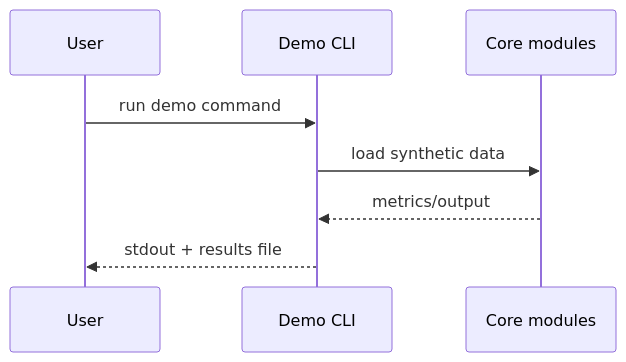
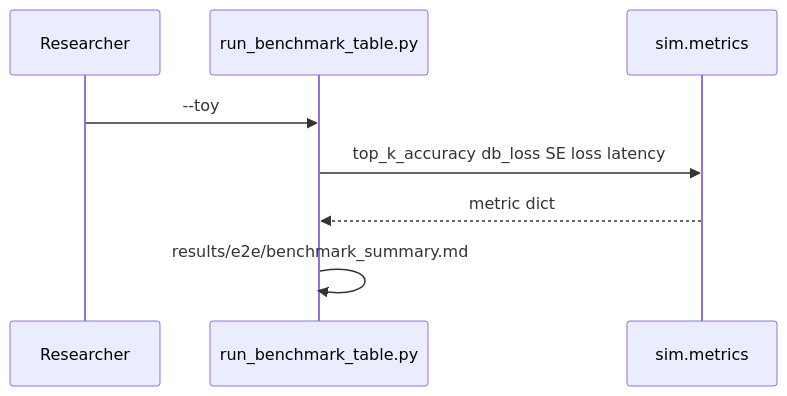
The diagram in docs/diagrams/sequence_main_demo.mmd (gunnchOS3k/readygary-6g-beam-selection), drawn with Mermaid before and after one commit. The commit also changed 29 other files, not shown here.

First line of the commit message:
Issue audit pass: repo-specific diagrams, review-ready papers, ISSUE_AUDIT

```diff
--- a/docs/diagrams/sequence_main_demo.mmd
+++ b/docs/diagrams/sequence_main_demo.mmd
@@ -1,8 +1,8 @@
 sequenceDiagram
-  participant U as User
-  participant CLI as Demo CLI
-  participant Core as Core modules
-  U->>CLI: run demo command
-  CLI->>Core: load synthetic data
-  Core-->>CLI: metrics/output
-  CLI-->>U: stdout + results file
+  participant U as Researcher
+  participant R as run_benchmark_table.py
+  participant M as sim.metrics
+  U->>R: --toy
+  R->>M: top_k_accuracy db_loss SE loss latency
+  M-->>R: metric dict
+  R->>R: results/e2e/benchmark_summary.md
```
